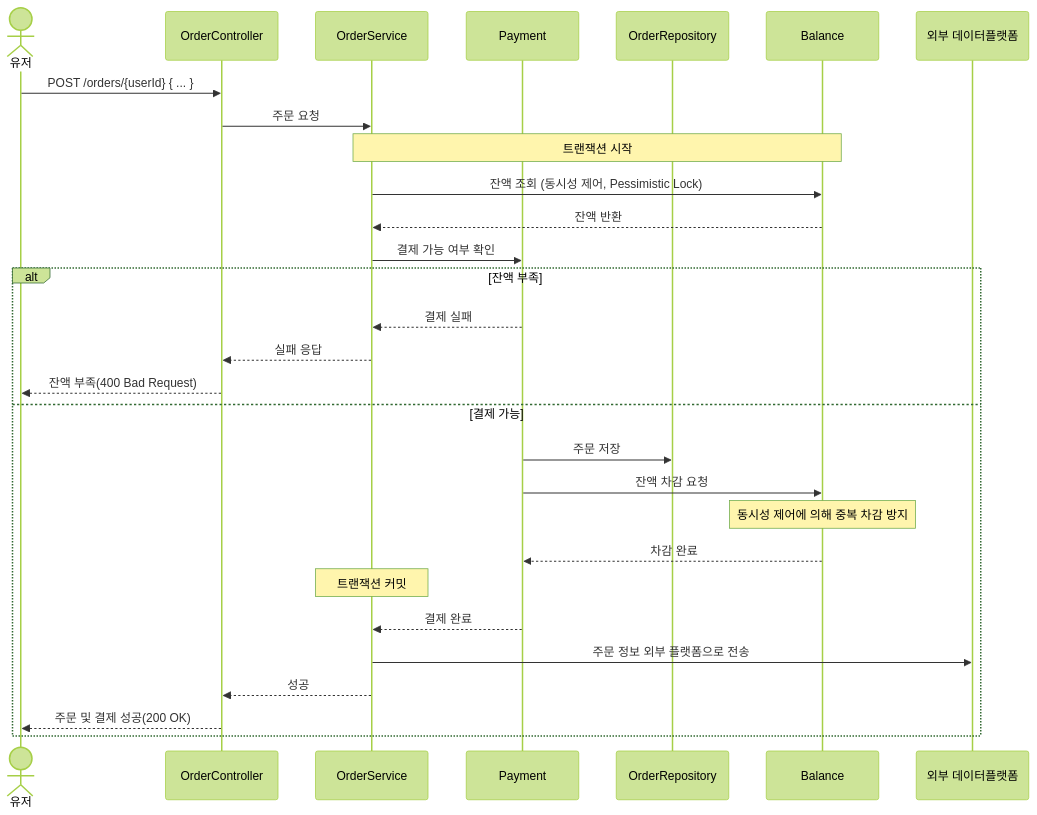
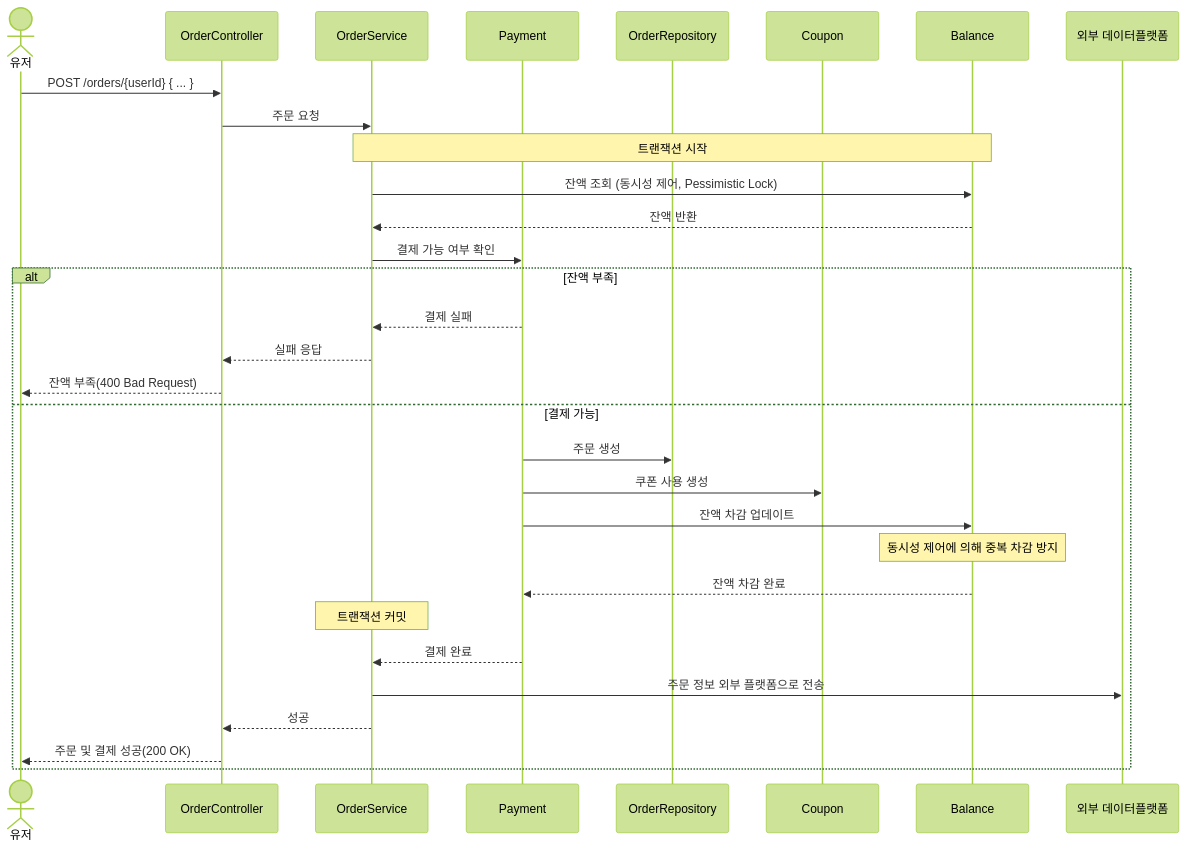
Before and after one commit to bskjp1004/hhplus-ecommerce-server: the second of 3 diagrams in docs/sequenceDiagrams.md, drawn with Mermaid (forest theme).

Commit message:
docs: 시퀀스 다이어그램 수정(주문/결제 쿠폰 객체 추가)

````diff
--- a/docs/sequenceDiagrams.md
+++ b/docs/sequenceDiagrams.md
@@ -46,35 +46,37 @@
 ```mermaid
 sequenceDiagram
     actor 유저
     participant OrderController
     participant OrderService
     participant Payment
     participant OrderRepository
+    participant Coupon
     participant Balance
     participant 외부 데이터플랫폼
 
     유저->>OrderController: POST /orders/{userId} { ... }
     OrderController->>OrderService: 주문 요청
 
     note over OrderService,Balance: 트랜잭션 시작
     OrderService->>Balance: 잔액 조회 (동시성 제어, Pessimistic Lock)
 
     Balance-->>OrderService: 잔액 반환
 
     OrderService->>Payment: 결제 가능 여부 확인
     alt 잔액 부족
         Payment-->>OrderService: 결제 실패
         OrderService-->>OrderController: 실패 응답
         OrderController-->>유저: 잔액 부족(400 Bad Request)
     else 결제 가능
-        Payment->>OrderRepository: 주문 저장
-        Payment->>Balance: 잔액 차감 요청
+        Payment->>OrderRepository: 주문 생성
+        Payment->>Coupon: 쿠폰 사용 생성
+        Payment->>Balance: 잔액 차감 업데이트
         note over Balance: 동시성 제어에 의해 중복 차감 방지
-        Balance-->>Payment: 차감 완료
+        Balance-->>Payment: 잔액 차감 완료
         note over OrderService: 트랜잭션 커밋
         Payment-->>OrderService: 결제 완료
         OrderService->>외부 데이터플랫폼: 주문 정보 외부 플랫폼으로 전송
         OrderService-->>OrderController: 성공
         OrderController-->>유저: 주문 및 결제 성공(200 OK)
     end
 ```
````
